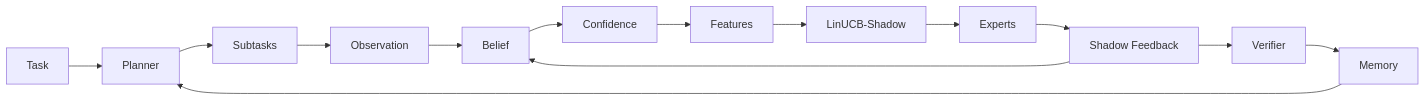
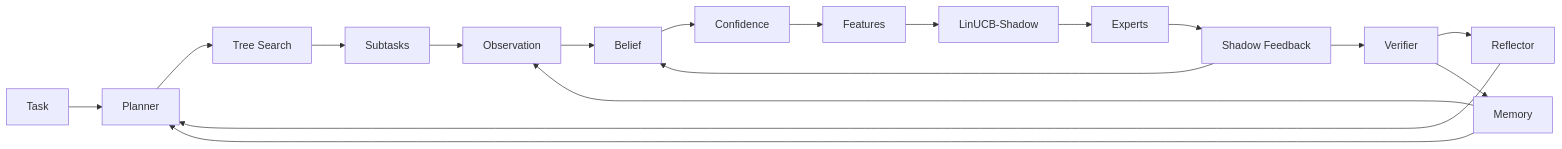
One commit to ootaniryou-sudo/Akasha-OS changed the diagram in src/arcasha/FRAMEWORK.md. Above: the diagram before and after it, drawn with Mermaid. The commit also changed other lines of this file and 7 other files, not shown here.

````diff
--- a/src/arcasha/FRAMEWORK.md
+++ b/src/arcasha/FRAMEWORK.md
@@ -37,16 +67,20 @@
 ```mermaid
 graph LR
     T[Task] --> P[Planner]
-    P --> S[Subtasks]
+    P --> TS[Tree Search]
+    TS --> S[Subtasks]
     S --> O[Observation]
     O --> B[Belief]
     B --> C[Confidence]
     C --> F[Features]
     F --> R[LinUCB-Shadow]
     R --> E[Experts]
     E --> SH[Shadow Feedback]
     SH --> B
     SH --> V[Verifier]
+    V --> REF[Reflector]
+    REF --> P
     V --> M[Memory]
     M --> P
+    M --> O
 ```
````
